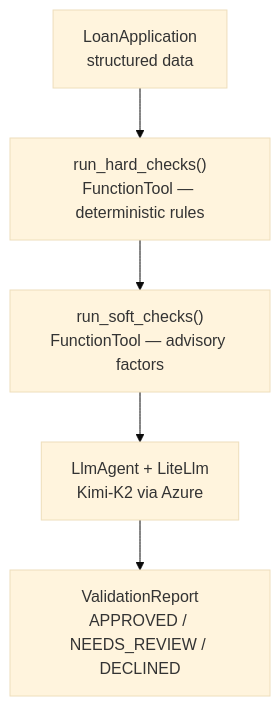
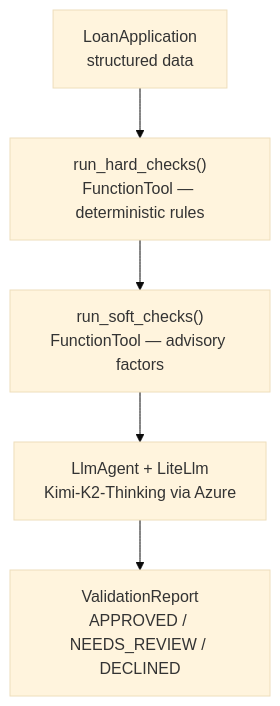
Before and after one commit to nilayparikh/tuts-agentic-ai-examples: the diagram in a2a/lessons/09-google-adk/README.md, drawn with Mermaid (base theme). The commit also changed other lines of this file and 13 other files, not shown here.

First line of the commit message:
Refactor orchestrator to use Kimi-K2-Thinking; remove outdated scripts

````diff
--- a/a2a/lessons/09-google-adk/README.md
+++ b/a2a/lessons/09-google-adk/README.md
@@ -13,8 +13,8 @@
 ```mermaid
 flowchart TD
     Input["LoanApplication<br/>structured data"]
     Input --> Hard["run_hard_checks()<br/>FunctionTool — deterministic rules"]
     Hard  --> Soft["run_soft_checks()<br/>FunctionTool — advisory factors"]
-    Soft  --> LLM["LlmAgent + LiteLlm<br/>Kimi-K2 via Azure"]
+    Soft  --> LLM["LlmAgent + LiteLlm<br/>Kimi-K2-Thinking via Azure"]
     LLM   --> Out["ValidationReport<br/>APPROVED / NEEDS_REVIEW / DECLINED"]
 ```
````
